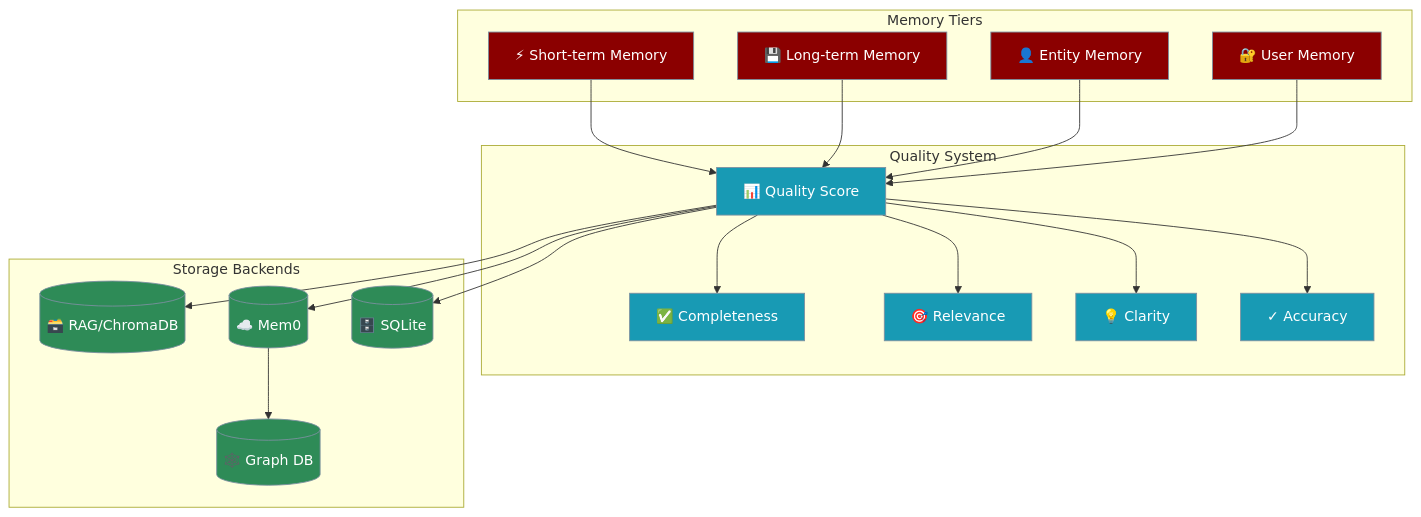
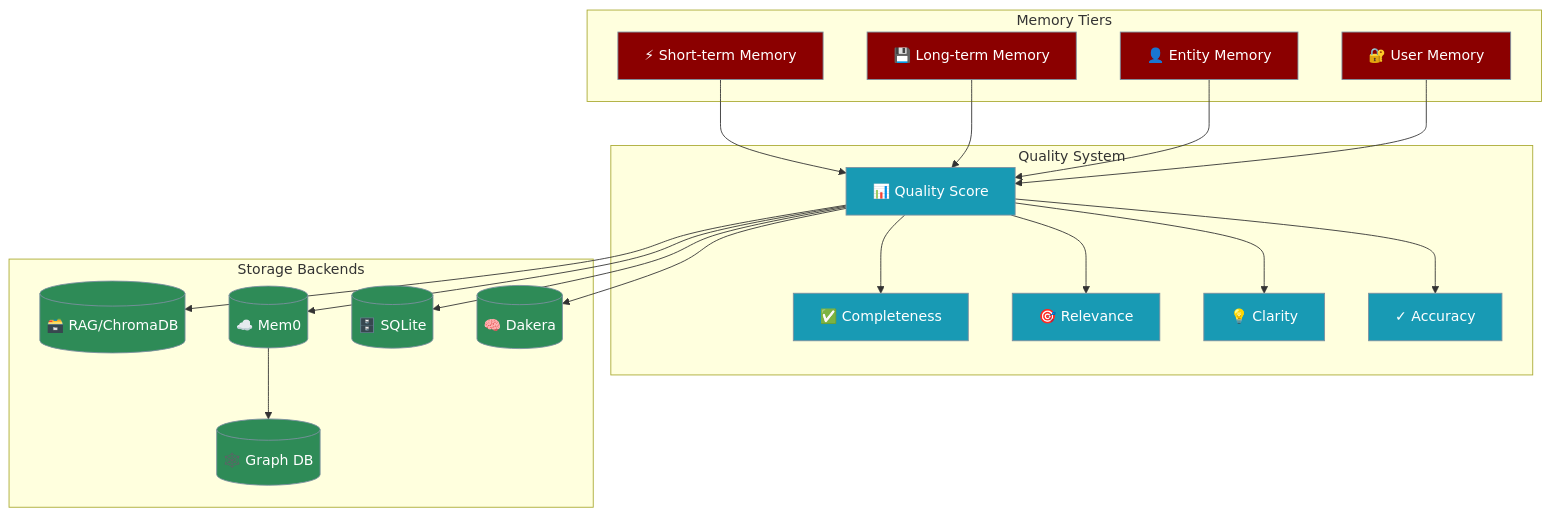
Before and after one commit to MervinPraison/PraisonAIDocs: the diagram in docs/memory/advanced.mdx, drawn with Mermaid. The commit also changed other lines of this file and 8 other files, not shown here.

````diff
--- a/docs/memory/advanced.mdx
+++ b/docs/memory/advanced.mdx
@@ -11,47 +11,49 @@
 ```mermaid
 graph TB
     subgraph Memory Tiers
         STM[⚡ Short-term Memory]
         LTM[💾 Long-term Memory]
         ENT[👤 Entity Memory]
         USR[🔐 User Memory]
     end
     
     subgraph Quality System
         SCORE[📊 Quality Score]
         COMP[✅ Completeness]
         REL[🎯 Relevance]
         CLR[💡 Clarity]
         ACC[✓ Accuracy]
     end
     
     subgraph Storage Backends
         RAG[(🗃️ RAG/ChromaDB)]
         MEM0[(☁️ Mem0)]
         SQL[(🗄️ SQLite)]
         GRAPH[(🕸️ Graph DB)]
+        DAKERA[(🧠 Dakera)]
     end
     
     STM --> SCORE
     LTM --> SCORE
     ENT --> SCORE
     USR --> SCORE
     
     SCORE --> COMP
     SCORE --> REL
     SCORE --> CLR
     SCORE --> ACC
     
     SCORE --> RAG
     SCORE --> MEM0
     SCORE --> SQL
+    SCORE --> DAKERA
     MEM0 --> GRAPH
     
     classDef memory fill:#8B0000,stroke:#7C90A0,color:#fff
     classDef quality fill:#189AB4,stroke:#7C90A0,color:#fff
     classDef storage fill:#2E8B57,stroke:#7C90A0,color:#fff
     
     class STM,LTM,ENT,USR memory
     class SCORE,COMP,REL,CLR,ACC quality
-    class RAG,MEM0,SQL,GRAPH storage
+    class RAG,MEM0,SQL,GRAPH,DAKERA storage
 ```
````
